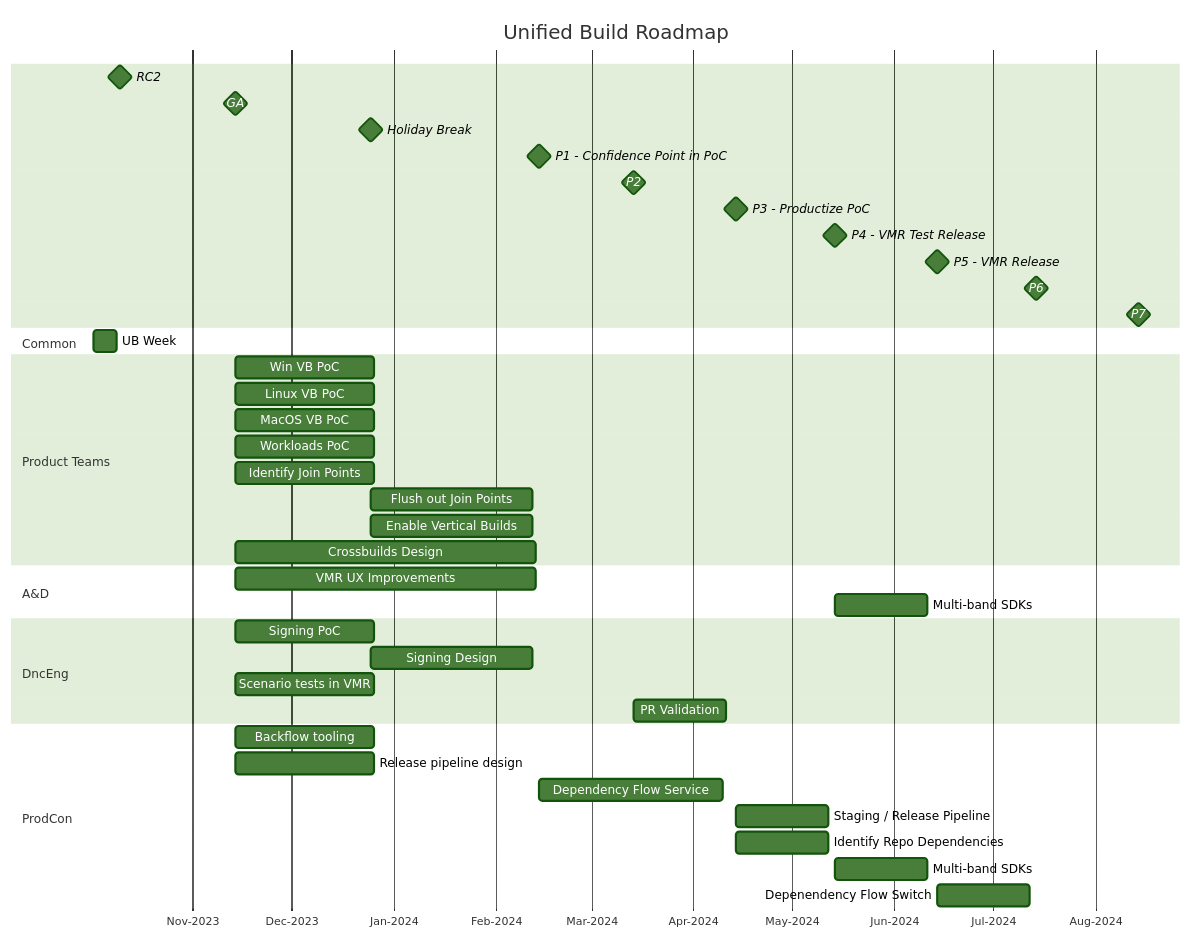
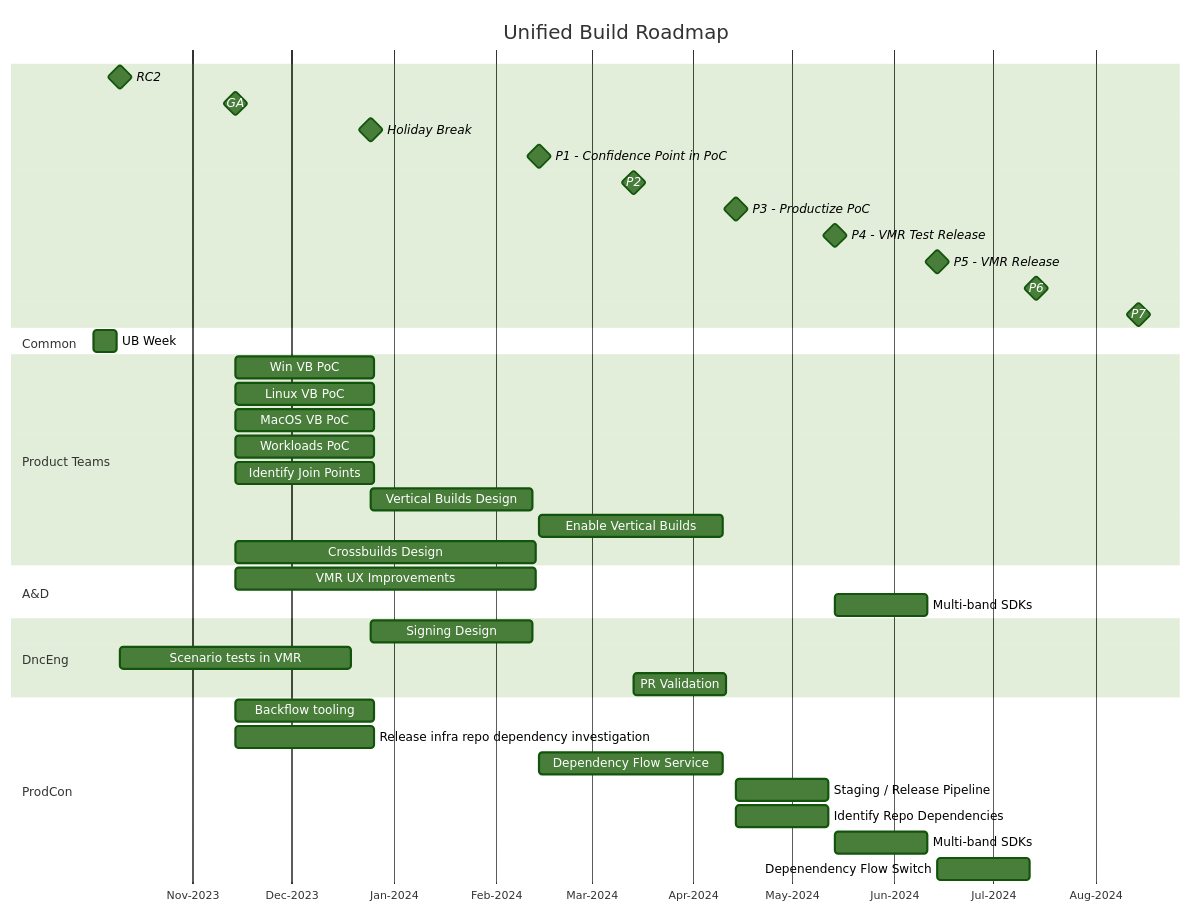
Before and after one commit to dotnet/arcade: the diagram in Documentation/UnifiedBuild/UB-Roadmap-Gantt.md, drawn with Mermaid (forest theme).

Commit message:
Update the UB-Roadmap-Gantt with comments from the UB sync

````diff
--- a/Documentation/UnifiedBuild/UB-Roadmap-Gantt.md
+++ b/Documentation/UnifiedBuild/UB-Roadmap-Gantt.md
@@ -3,48 +3,47 @@
 ```mermaid
 gantt
     title Unified Build Roadmap
     axisFormat %b-%Y
     RC2: milestone, net8-rc2, 2023-10-10, 0
     GA: milestone, net8-ga, 2023-11-14, 0
     Holiday Break: milestone, holiday, 2023-12-25, 0
     %% delta between Holiday and P1 is 7w
     P1 - Confidence Point in PoC: milestone, net9-p1, 2024-02-14, 0
     P2: milestone, net9-p2, 2024-03-14, 0
     P3 - Productize PoC: milestone, net9-p3, 2024-04-14, 0
     P4 - VMR Test Release: milestone, net9-p4, 2024-05-14, 0
     P5 - VMR Release: milestone, net9-p5, 2024-06-14, 0
     P6: milestone, net9-p6, 2024-07-14, 0
     P7: milestone, net9-p7, 2024-08-14, 0
  
     section Common
         UB Week: ub-week, 2023-10-02, 1w
 
     section Product Teams
         Win VB PoC: after net8-ga, 6w
         Linux VB PoC: after net8-ga, 6w
         MacOS VB PoC: after net8-ga, 6w
         Workloads PoC: after net8-ga, 6w
         Identify Join Points: after net8-ga, 6w
-        Flush out Join Points: after holiday, 7w
-        Enable Vertical Builds: after holiday, 7w
+        Vertical Builds Design: after holiday, 7w
+        Enable Vertical Builds: after net9-p1, 8w
         Crossbuilds Design: after net8-ga, 13w
 
     section A&D
         VMR UX Improvements: after net8-ga, 13w
         Multi-band SDKs: after net9-p4, 4w
 
     section DncEng
-        Signing PoC: after net8-ga, 6w
         Signing Design: after holiday, 7w
-        Scenario tests in VMR: after net8-ga, 6w
+        Scenario tests in VMR: after net8-rc2, 10w
         PR Validation: after net9-p2, 4w
 
     section ProdCon
         Backflow tooling: after net8-ga, 6w
-        Release pipeline design: after net8-ga, 6w
+        Release infra repo dependency investigation: after net8-ga, 6w
         Dependency Flow Service: after net9-p1, 8w
         Staging / Release Pipeline: after net9-p3, 4w
         Identify Repo Dependencies: after net9-p3, 4w
         Multi-band SDKs: after net9-p4, 4w
         Depenendency Flow Switch: after net9-p5, 4w
 ```
````
